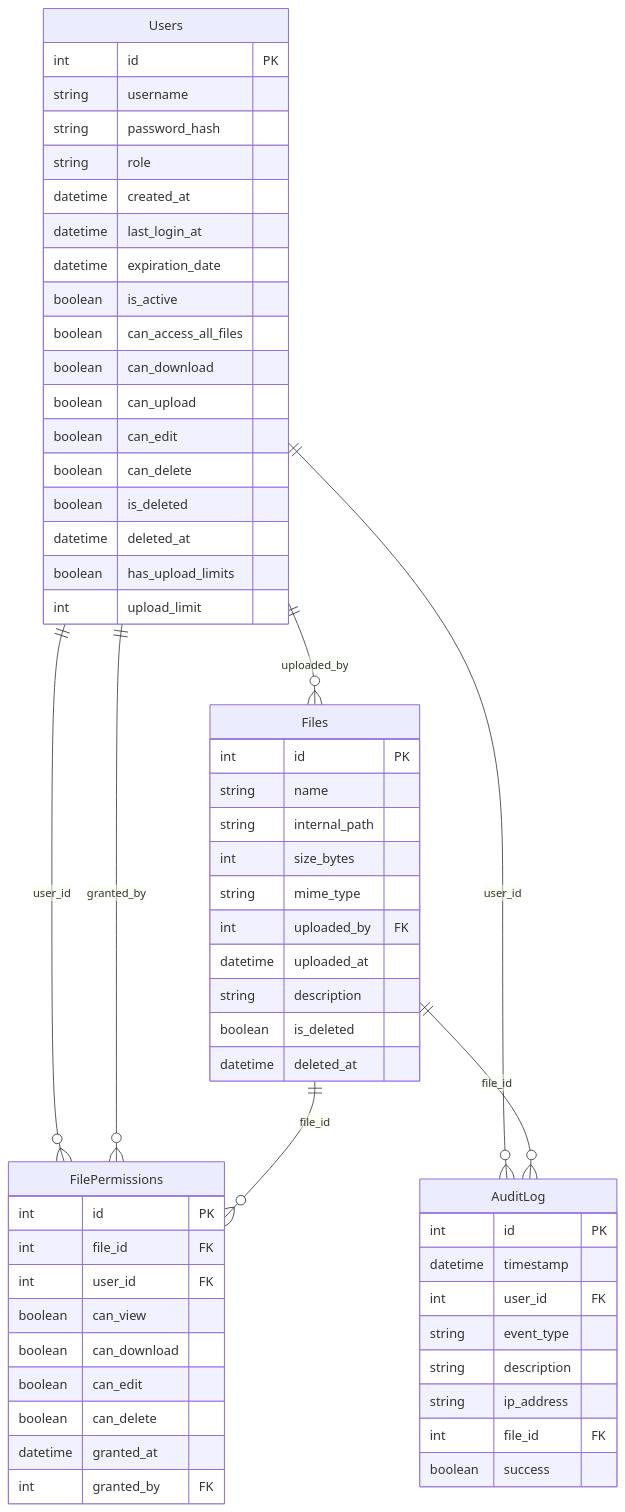
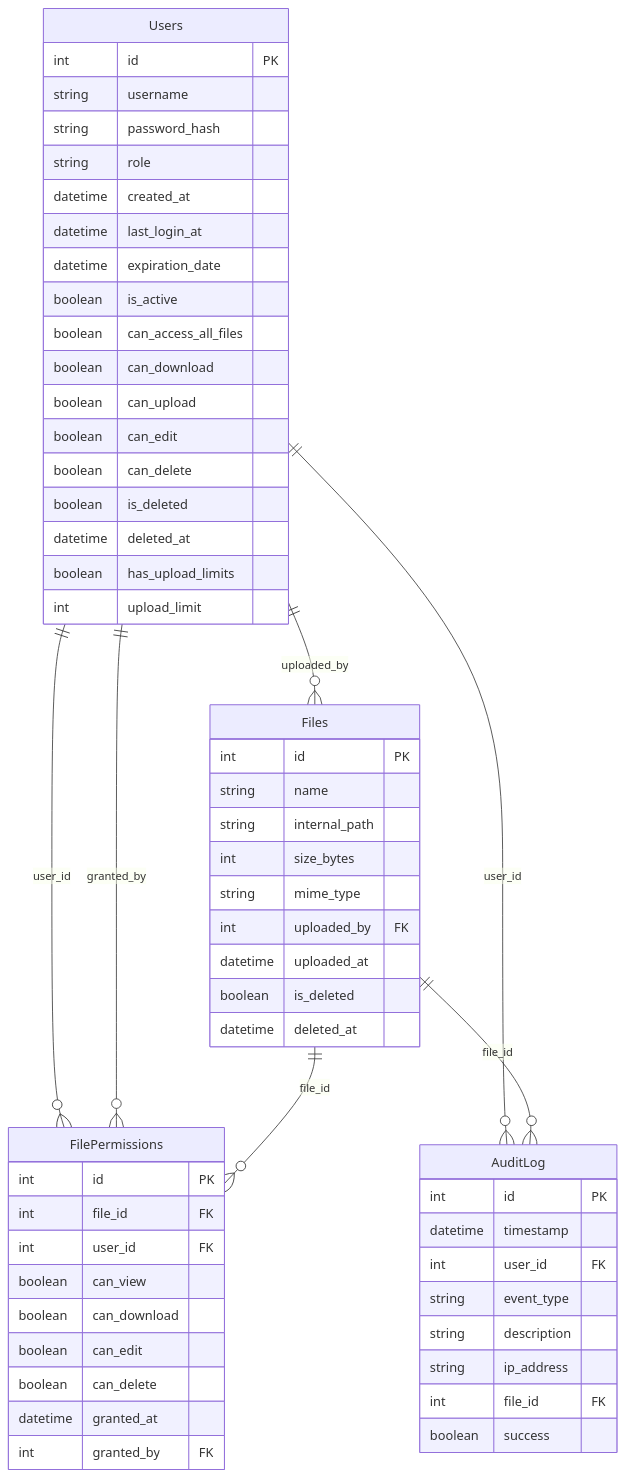
The diagram in backend/db/diagram.mmd (ImMau14/Folderlan), drawn with Mermaid before and after one commit. The commit also changed 8 other files, not shown here.

```diff
--- a/backend/db/diagram.mmd
+++ b/backend/db/diagram.mmd
@@ -1,63 +1,62 @@
 erDiagram
     Users {
         int id PK
         string username
         string password_hash
         string role
         datetime created_at
         datetime last_login_at
         datetime expiration_date
         boolean is_active
         boolean can_access_all_files
         boolean can_download
         boolean can_upload
         boolean can_edit
         boolean can_delete
         boolean is_deleted
         datetime deleted_at
         boolean has_upload_limits
         int upload_limit
     }
 
     Files {
         int id PK
         string name
         string internal_path
         int size_bytes
         string mime_type
         int uploaded_by FK
         datetime uploaded_at
-        string description
         boolean is_deleted
         datetime deleted_at
     }
 
     FilePermissions {
         int id PK
         int file_id FK
         int user_id FK
         boolean can_view
         boolean can_download
         boolean can_edit
         boolean can_delete
         datetime granted_at
         int granted_by FK
     }
 
     AuditLog {
         int id PK
         datetime timestamp
         int user_id FK
         string event_type
         string description
         string ip_address
         int file_id FK
         boolean success
     }
 
     Users ||--o{ Files : uploaded_by
     Users ||--o{ FilePermissions : user_id
     Users ||--o{ FilePermissions : granted_by
     Users ||--o{ AuditLog : user_id
     Files ||--o{ FilePermissions : file_id
     Files ||--o{ AuditLog : file_id
```
